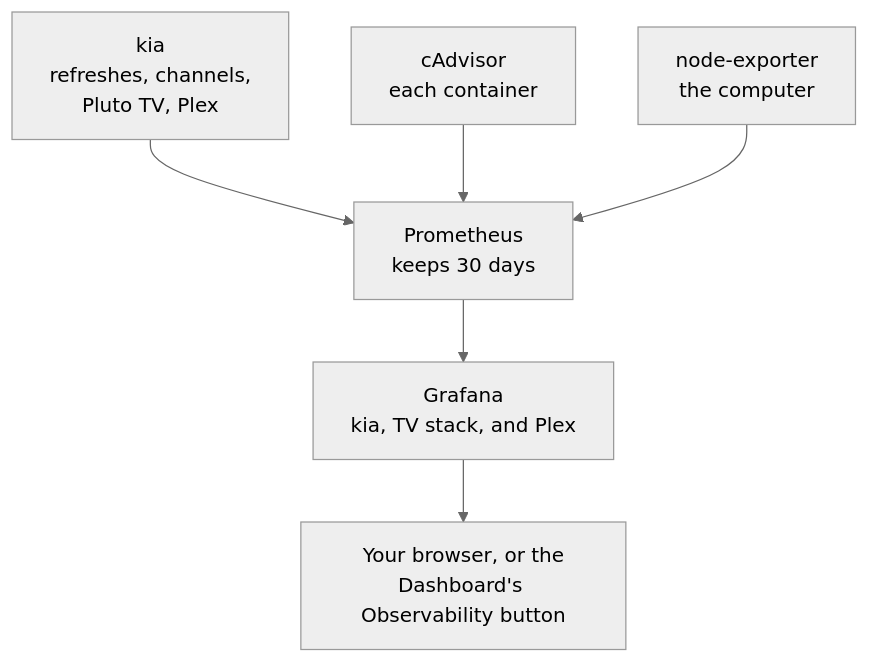
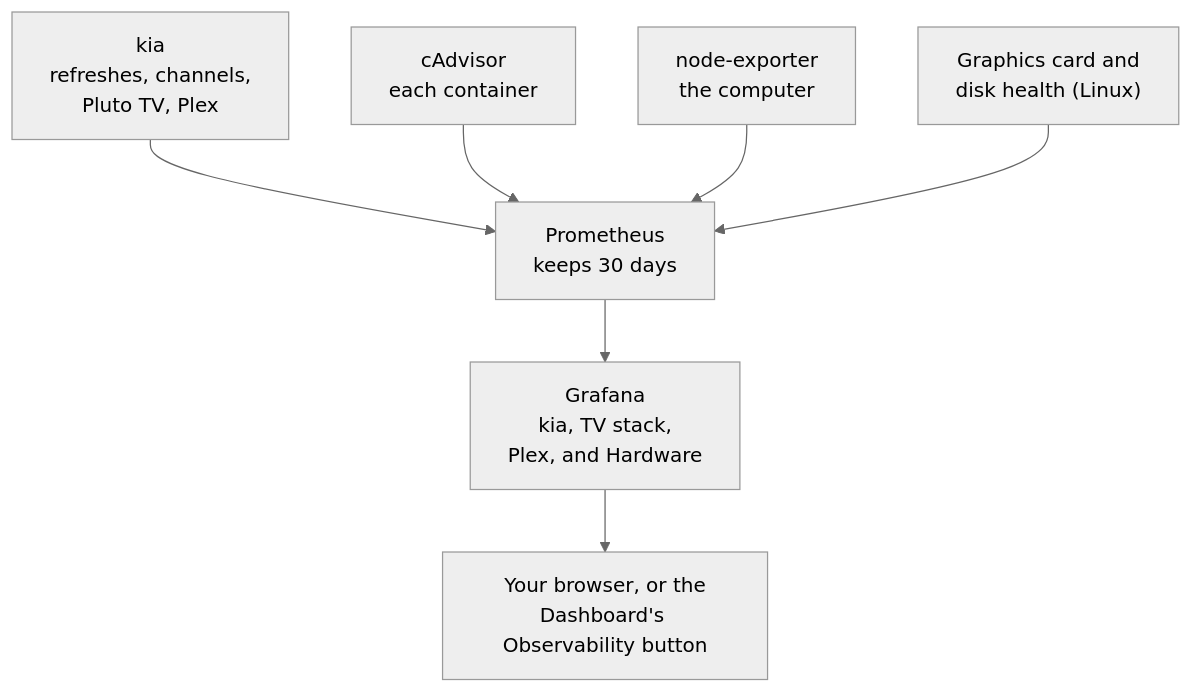
The diagram in docs/diagrams/observability.mmd (southsidedean/kodi-iptv-assistant), drawn with Mermaid (neutral theme) before and after one commit. The commit also changed 18 other files, not shown here.

First line of the commit message:
Hardware dashboard, GPU and disk-health exporters, Linux and Mac paths (#85)

```diff
--- a/docs/diagrams/observability.mmd
+++ b/docs/diagrams/observability.mmd
@@ -1,6 +1,7 @@
 flowchart TB
   kia["kia<br>refreshes, channels,<br>Pluto TV, Plex"] --> prom["Prometheus<br>keeps 30 days"]
   cad["cAdvisor<br>each container"] --> prom
   node["node-exporter<br>the computer"] --> prom
-  prom --> graf["Grafana<br>kia, TV stack, and Plex"]
+  hw["Graphics card and<br>disk health (Linux)"] --> prom
+  prom --> graf["Grafana<br>kia, TV stack,<br>Plex, and Hardware"]
   graf --> you["Your browser, or the<br>Dashboard's Observability button"]
```
